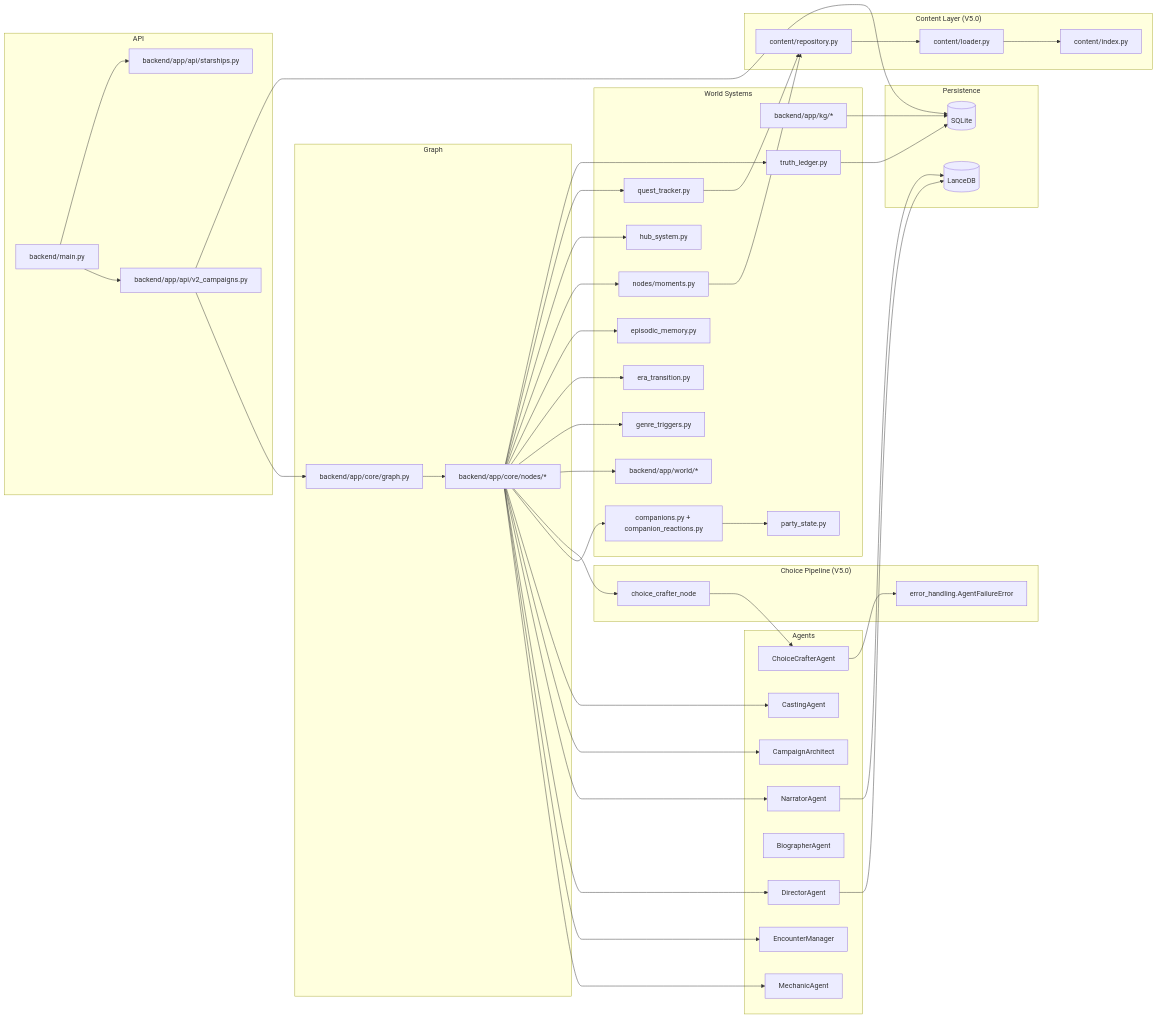
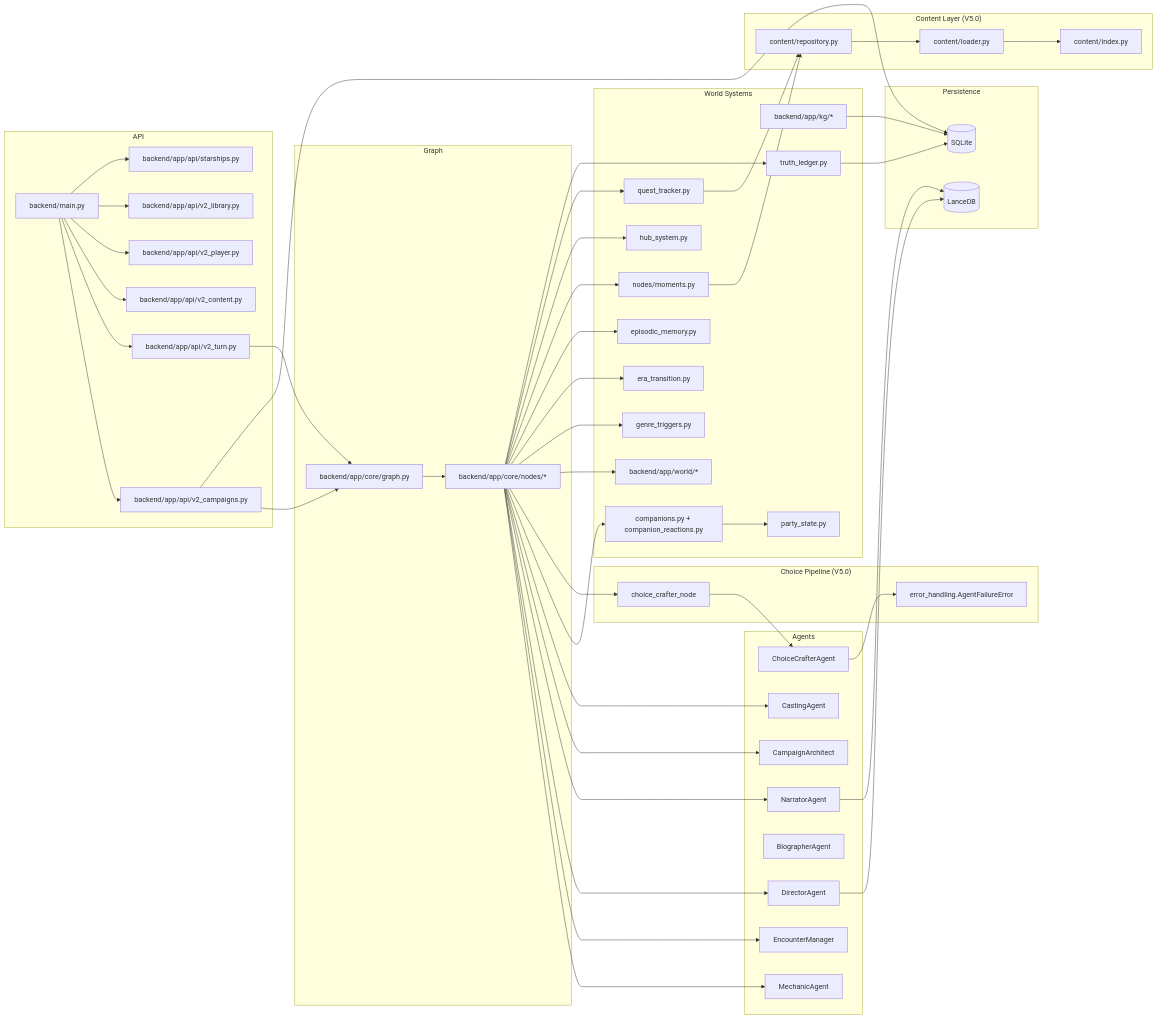
One commit to DinomyteHero/Storyteller-V2 changed the diagram in docs/01_repo_map.md. Above: the diagram before and after it, drawn with Mermaid. The commit also changed other lines of this file and 5 other files, not shown here.

Commit message:
Remove outdated documentation files and update repo map to reflect recent architectural changes in V11.0. Key updates include the addition of new API endpoints, the introduction of the origin story system, and enhancements to the player experience through UI improvements and lore ingestion features.

```diff
--- a/docs/01_repo_map.md
+++ b/docs/01_repo_map.md
@@ -254,6 +307,10 @@
     subgraph API
         main[backend/main.py]
         v2[backend/app/api/v2_campaigns.py]
+        v2turn[backend/app/api/v2_turn.py]
+        v2content[backend/app/api/v2_content.py]
+        v2player[backend/app/api/v2_player.py]
+        v2library[backend/app/api/v2_library.py]
         starships[backend/app/api/starships.py]
     end
 
@@ -304,6 +361,10 @@
     end
 
     main --> v2 --> graph_mod --> nodes
+    main --> v2turn --> graph_mod
+    main --> v2content
+    main --> v2player
+    main --> v2library
     main --> starships
     nodes --> mech
     nodes --> enc
```
